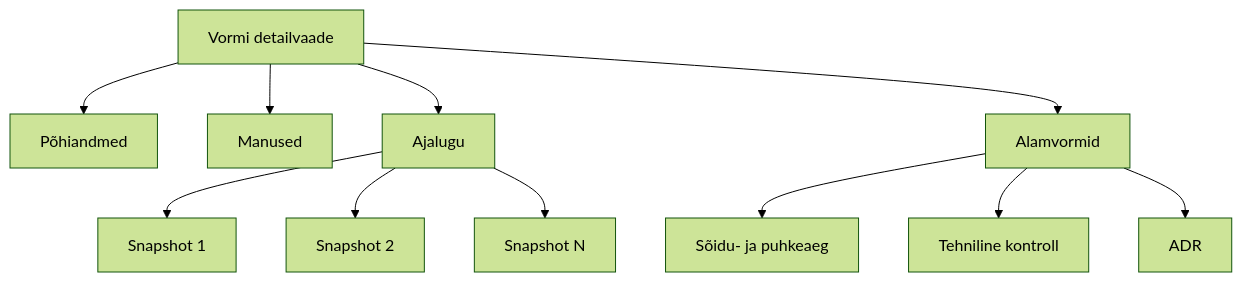
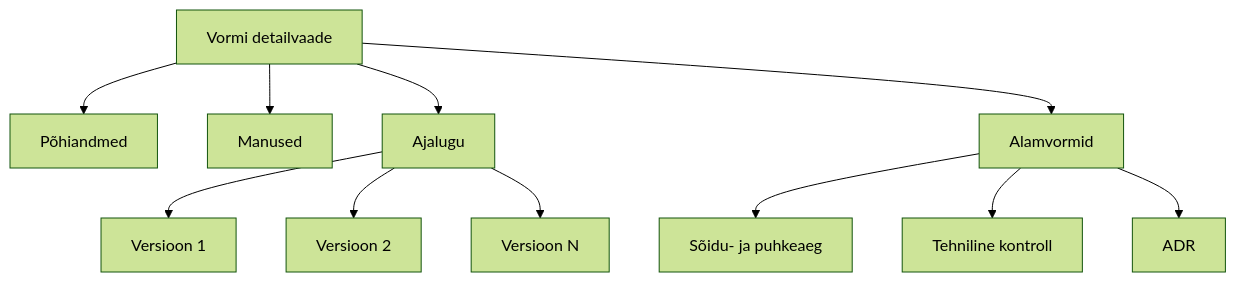
One commit to kemit-ee/ljvis-2 changed the diagram in docs/user-guide/15-vormide-vaatamine-ajalugu.md. Above: the diagram before and after it, drawn with Mermaid (forest theme). The commit also changed other lines of this file and 85 other files, not shown here.

````diff
--- a/docs/user-guide/15-vormide-vaatamine-ajalugu.md
+++ b/docs/user-guide/15-vormide-vaatamine-ajalugu.md
@@ -14,13 +14,13 @@
 ```mermaid
 flowchart TD
     A[Vormi detailvaade] --> B[Põhiandmed]
     A --> C[Manused]
     A --> D[Ajalugu]
     A --> E[Alamvormid]
-    D --> F[Snapshot 1]
-    D --> G[Snapshot 2]
-    D --> H[Snapshot N]
+    D --> F[Versioon 1]
+    D --> G[Versioon 2]
+    D --> H[Versioon N]
     E --> I[Sõidu- ja puhkeaeg]
     E --> J[Tehniline kontroll]
     E --> K[ADR]
 ```
````
